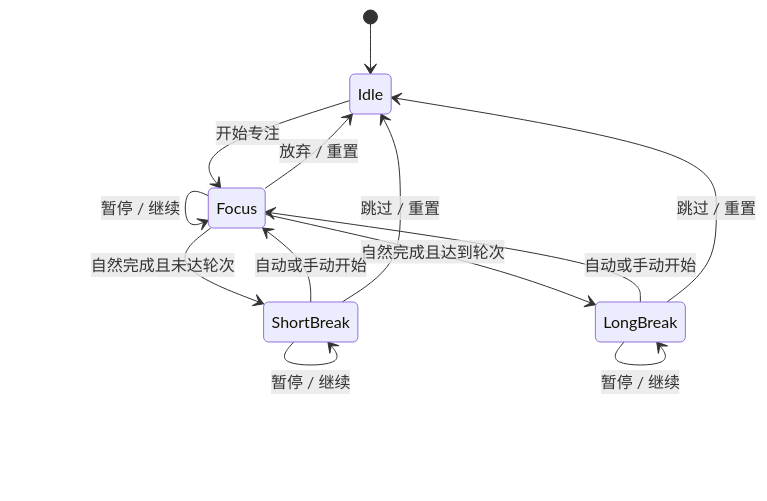
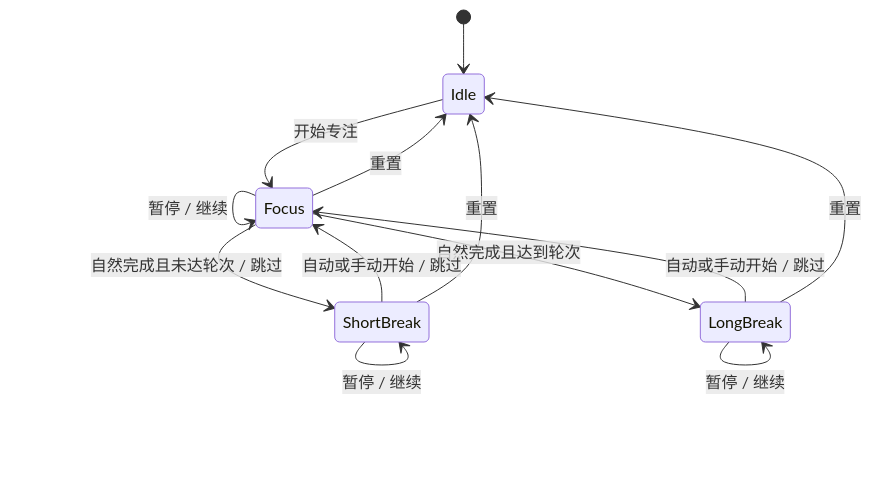
The second of 3 diagrams in docs/开心桌宠-设计文档.md (TailMonth/Kaixin), drawn with Mermaid before and after one commit. The commit also changed other lines of this file and 7 other files, not shown here.

Commit message:
修复番茄钟跳过阶段、面板播放图标错位、陪读色差与拖拽滞空

````diff
--- a/docs/开心桌宠-设计文档.md
+++ b/docs/开心桌宠-设计文档.md
@@ -532,15 +532,15 @@
 ```mermaid
 stateDiagram-v2
     [*] --> Idle
     Idle --> Focus: 开始专注
     Focus --> Focus: 暂停 / 继续
-    Focus --> ShortBreak: 自然完成且未达轮次
+    Focus --> ShortBreak: 自然完成且未达轮次 / 跳过
     Focus --> LongBreak: 自然完成且达到轮次
-    Focus --> Idle: 放弃 / 重置
+    Focus --> Idle: 重置
     ShortBreak --> ShortBreak: 暂停 / 继续
     LongBreak --> LongBreak: 暂停 / 继续
-    ShortBreak --> Focus: 自动或手动开始
-    LongBreak --> Focus: 自动或手动开始
-    ShortBreak --> Idle: 跳过 / 重置
-    LongBreak --> Idle: 跳过 / 重置
+    ShortBreak --> Focus: 自动或手动开始 / 跳过
+    LongBreak --> Focus: 自动或手动开始 / 跳过
+    ShortBreak --> Idle: 重置
+    LongBreak --> Idle: 重置
 ```
````
